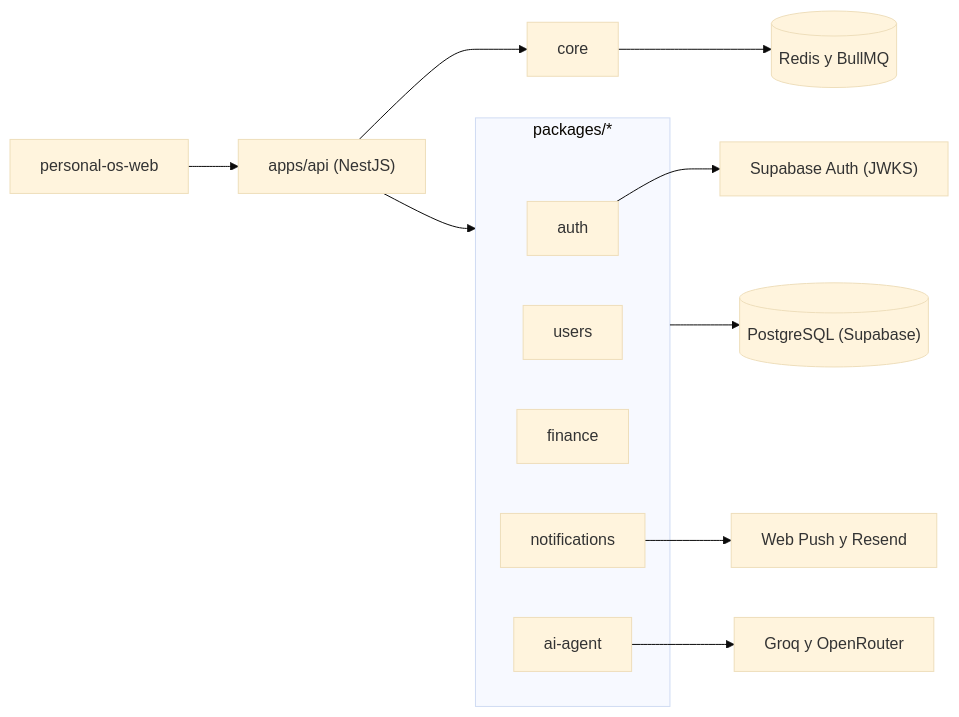
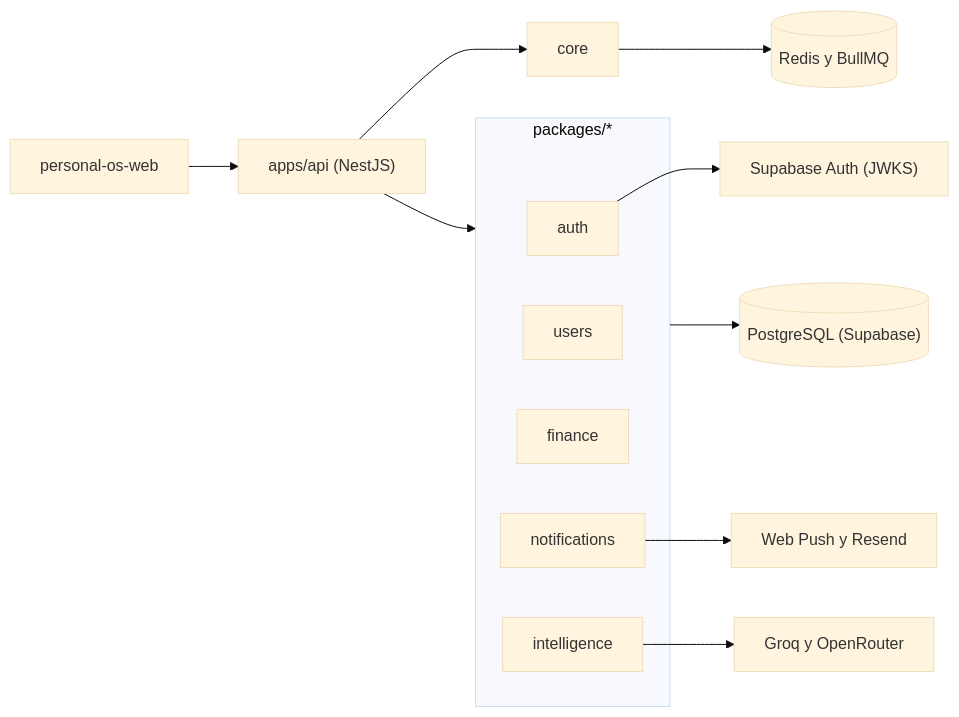
The diagram in README.md (jarvinc3/personal-os-back), drawn with Mermaid (base theme) before and after one commit. The commit also changed other lines of this file and 211 other files, not shown here.

Commit message:
refactor(intelligence): rename ai-agent module

````diff
--- a/README.md
+++ b/README.md
@@ -56,18 +56,18 @@
 ```mermaid
 flowchart LR
   WEB["personal-os-web"] --> API["apps/api (NestJS)"]
   API --> PKG
   subgraph PKG["packages/*"]
     AUTH[auth]
     USERS[users]
     FIN[finance]
     NOT[notifications]
-    AI[ai-agent]
+    AI[intelligence]
   end
   PKG --> PG[("PostgreSQL (Supabase)")]
   AUTH --> SUPA["Supabase Auth (JWKS)"]
   AI --> LLM["Groq y OpenRouter"]
   NOT --> PUSH["Web Push y Resend"]
   API --> CORE["core"]
   CORE --> REDIS[("Redis y BullMQ")]
 ```
````
